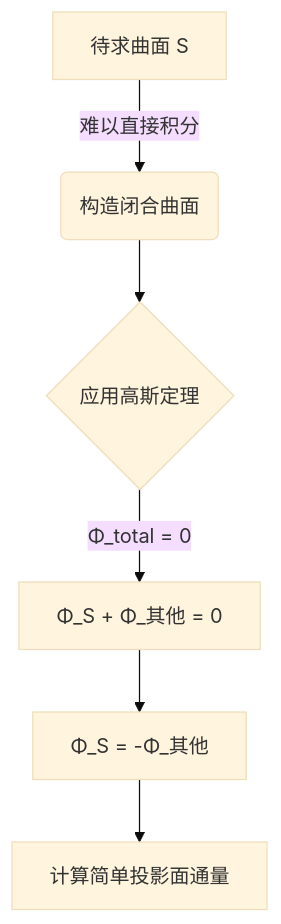
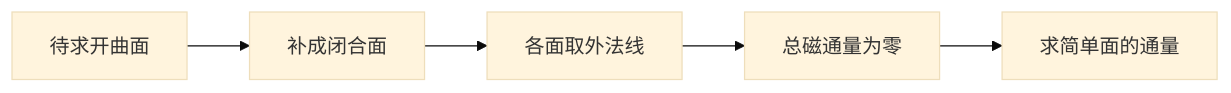
One commit to hicancan/njupt-knowledge changed the diagram in topics/大学物理/磁场中的高斯定理.md. Above: the diagram before and after it, drawn with Mermaid (base theme). The commit also changed other lines of this file and 1872 other files, not shown here.

````diff
--- a/topics/大学物理/磁场中的高斯定理.md
+++ b/topics/大学物理/磁场中的高斯定理.md
@@ -31,8 +22,7 @@
 ```mermaid
-flowchart TD
-    A[待求曲面 S] -->|难以直接积分| B(构造闭合曲面)
-    B --> C{应用高斯定理}
-    C -->|Φ_total = 0| D[Φ_S + Φ_其他 = 0]
-    D --> E[Φ_S = -Φ_其他]
-    E --> F[计算简单投影面通量]
+flowchart LR
+ A[待求开曲面] --> B[补成闭合面]
+ B --> C[各面取外法线]
+ C --> D[总磁通量为零]
+ D --> E[求简单面的通量]
 ```
````
